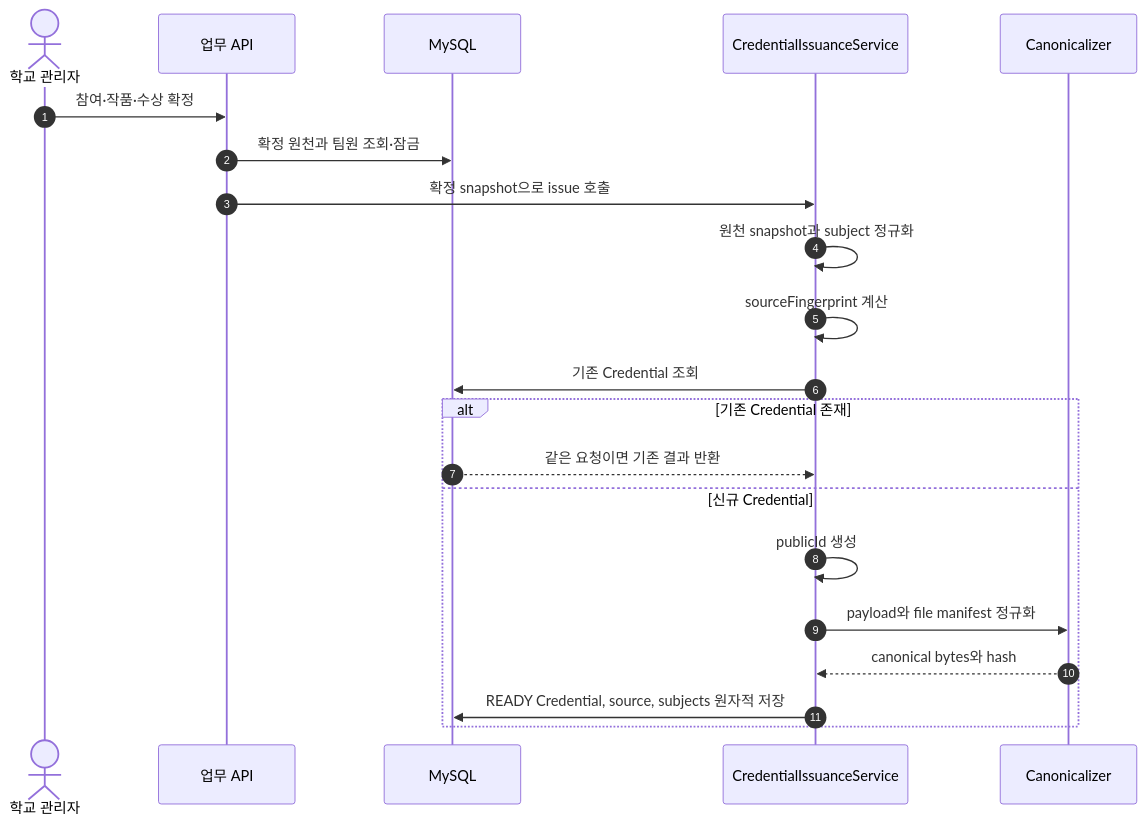
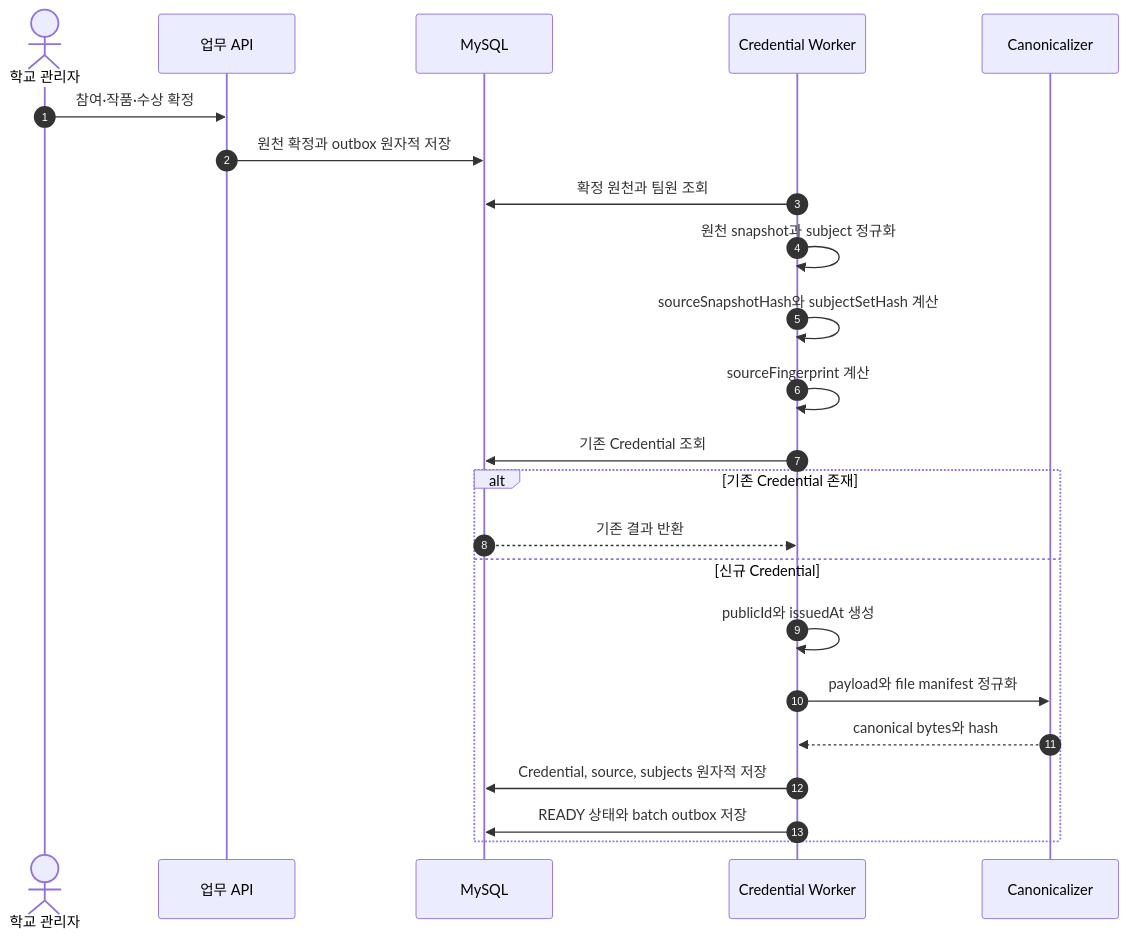
Before and after one commit to Tok-Baro/Trekkey_BackEnd: the tenth of 22 diagrams in docs/architecture-diagrams.md, drawn with Mermaid. The commit also changed other lines of this file and 408 other files, not shown here.

````diff
--- a/docs/architecture-diagrams.md
+++ b/docs/architecture-diagrams.md
@@ -320,24 +308,26 @@
 ```mermaid
 sequenceDiagram
     autonumber
     actor Admin as 학교 관리자
     participant Domain as 업무 API
     participant DB as MySQL
-    participant Issue as CredentialIssuanceService
+    participant Worker as Credential Worker
     participant Canon as Canonicalizer
 
     Admin->>Domain: 참여·작품·수상 확정
-    Domain->>DB: 확정 원천과 팀원 조회·잠금
-    Domain->>Issue: 확정 snapshot으로 issue 호출
-    Issue->>Issue: 원천 snapshot과 subject 정규화
-    Issue->>Issue: sourceFingerprint 계산
-    Issue->>DB: 기존 Credential 조회
+    Domain->>DB: 원천 확정과 outbox 원자적 저장
+    Worker->>DB: 확정 원천과 팀원 조회
+    Worker->>Worker: 원천 snapshot과 subject 정규화
+    Worker->>Worker: sourceSnapshotHash와 subjectSetHash 계산
+    Worker->>Worker: sourceFingerprint 계산
+    Worker->>DB: 기존 Credential 조회
     alt 기존 Credential 존재
-        DB-->>Issue: 같은 요청이면 기존 결과 반환
+        DB-->>Worker: 기존 결과 반환
     else 신규 Credential
-        Issue->>Issue: publicId 생성
-        Issue->>Canon: payload와 file manifest 정규화
-        Canon-->>Issue: canonical bytes와 hash
-        Issue->>DB: READY Credential, source, subjects 원자적 저장
+        Worker->>Worker: publicId와 issuedAt 생성
+        Worker->>Canon: payload와 file manifest 정규화
+        Canon-->>Worker: canonical bytes와 hash
+        Worker->>DB: Credential, source, subjects 원자적 저장
+        Worker->>DB: READY 상태와 batch outbox 저장
     end
 ```
````
